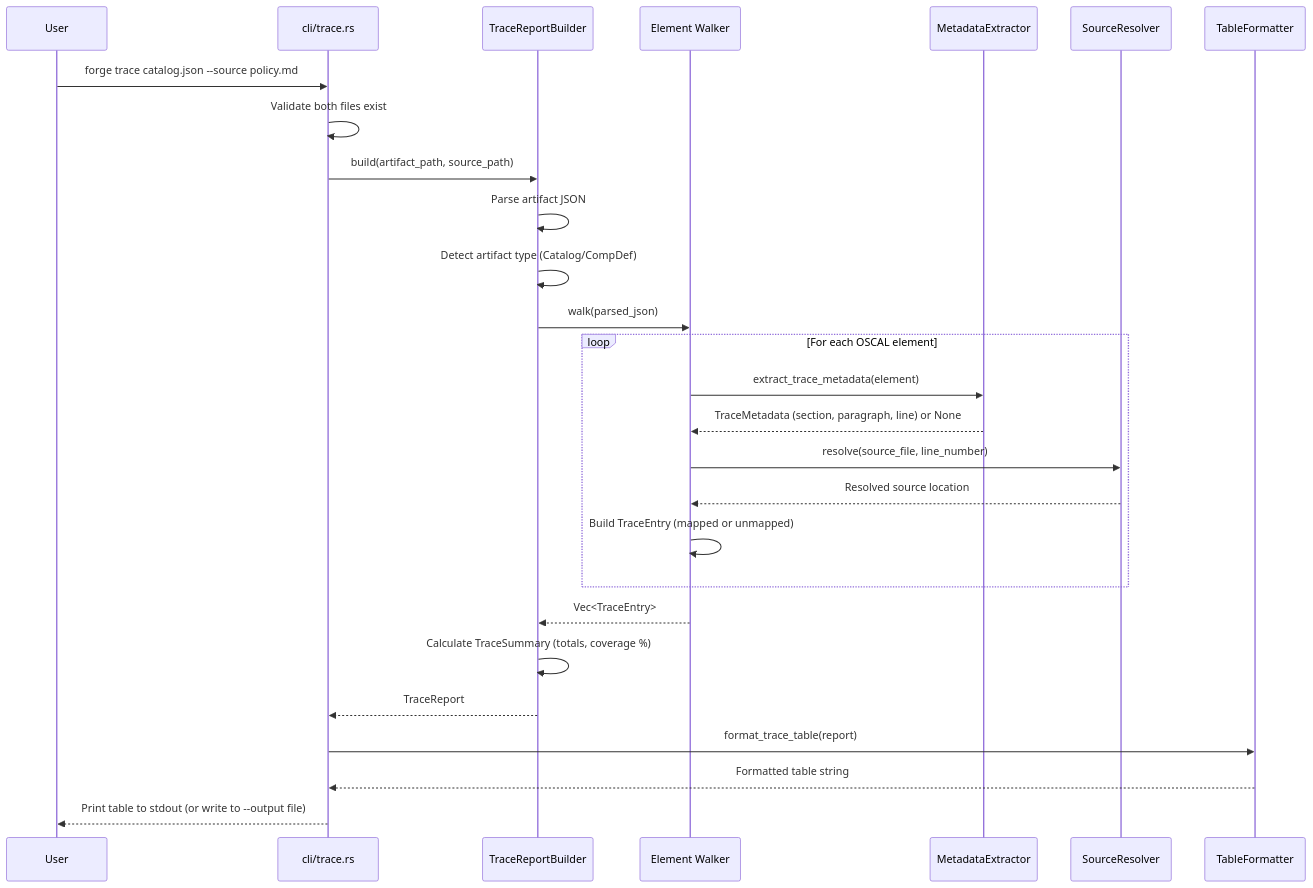
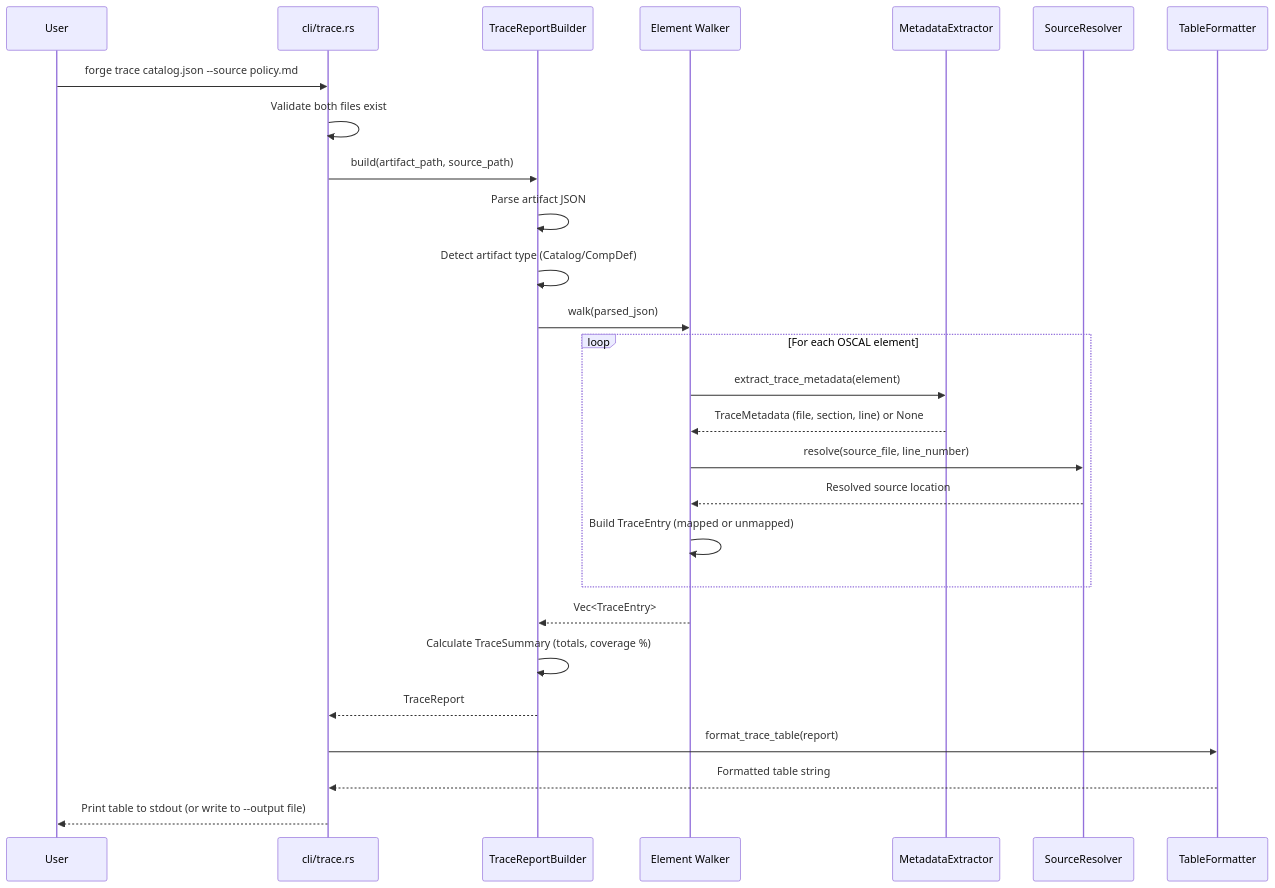
Before and after one commit to policy-forge/forge: the sixth of 7 diagrams in docs/AR/038-ar-traceability-report.md, drawn with Mermaid. The commit also changed other lines of this file and 24 other files, not shown here.

````diff
--- a/docs/AR/038-ar-traceability-report.md
+++ b/docs/AR/038-ar-traceability-report.md
@@ -321,30 +321,30 @@
 ```mermaid
 sequenceDiagram
     participant U as User
     participant CLI as cli/trace.rs
     participant B as TraceReportBuilder
     participant W as Element Walker
     participant E as MetadataExtractor
     participant R as SourceResolver
     participant F as TableFormatter
 
     U->>CLI: forge trace catalog.json --source policy.md
     CLI->>CLI: Validate both files exist
     CLI->>B: build(artifact_path, source_path)
     B->>B: Parse artifact JSON
     B->>B: Detect artifact type (Catalog/CompDef)
     B->>W: walk(parsed_json)
     loop For each OSCAL element
         W->>E: extract_trace_metadata(element)
-        E-->>W: TraceMetadata (section, paragraph, line) or None
+        E-->>W: TraceMetadata (file, section, line) or None
         W->>R: resolve(source_file, line_number)
         R-->>W: Resolved source location
         W->>W: Build TraceEntry (mapped or unmapped)
     end
     W-->>B: Vec<TraceEntry>
     B->>B: Calculate TraceSummary (totals, coverage %)
     B-->>CLI: TraceReport
     CLI->>F: format_trace_table(report)
     F-->>CLI: Formatted table string
     CLI-->>U: Print table to stdout (or write to --output file)
 ```
````
